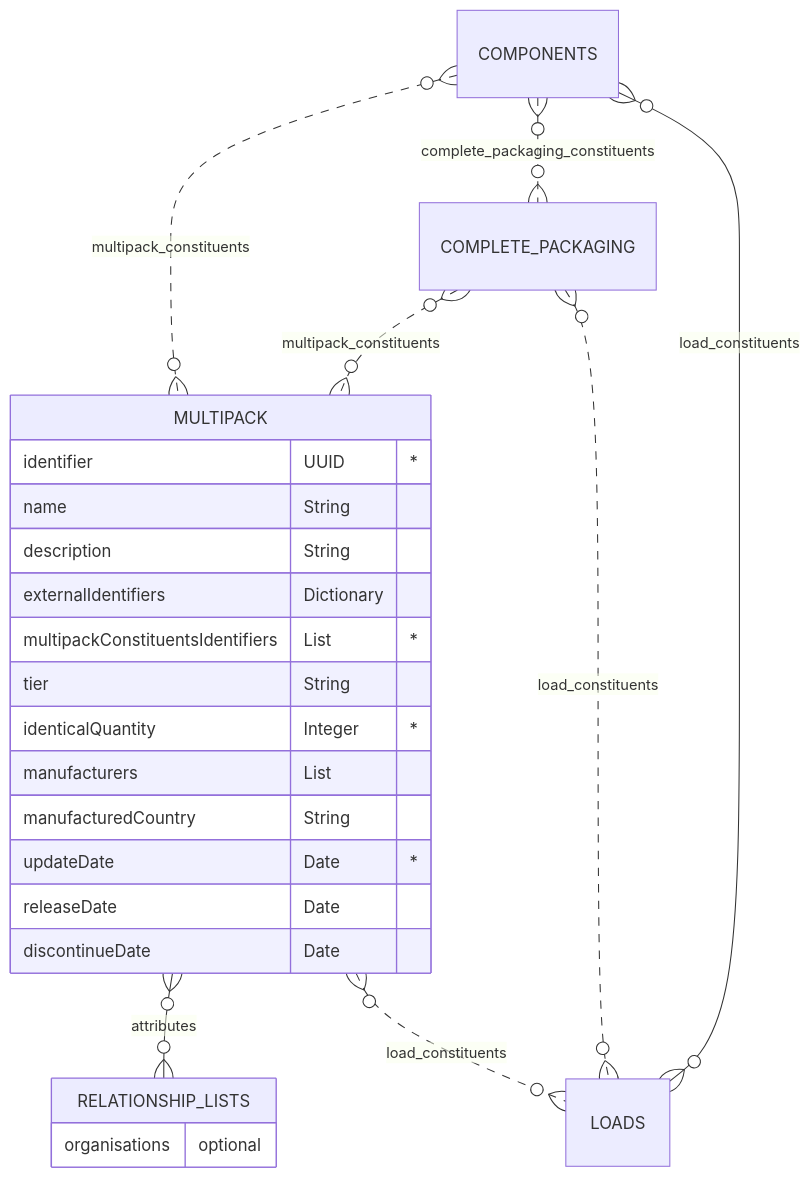
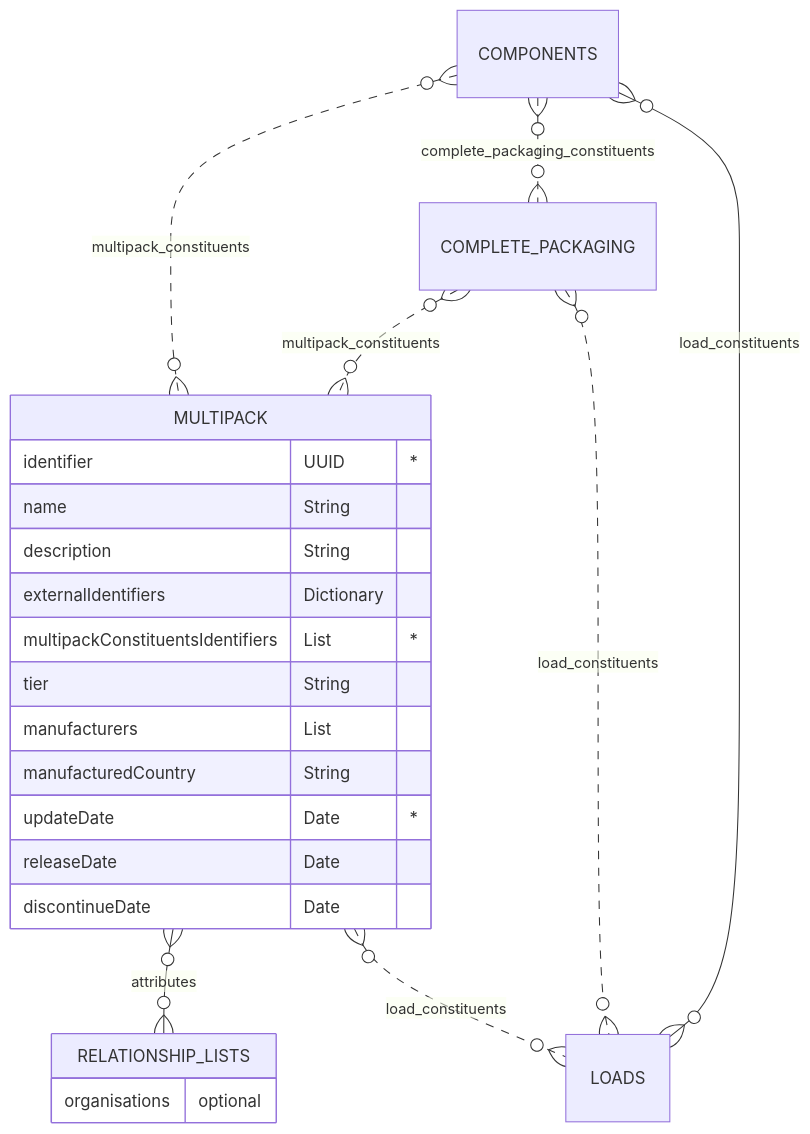
The first of 2 diagrams in docs/3_Data_Specification/3_5_Multipack.md (OpenDataManchester/Open3P), drawn with Mermaid before and after one commit. The commit also changed other lines of this file and 1 other file, not shown here.

Commit message:
moved identicalQuantity from multipack to constituents

````diff
--- a/docs/3_Data_Specification/3_5_Multipack.md
+++ b/docs/3_Data_Specification/3_5_Multipack.md
@@ -30,27 +29,26 @@
 ``` mermaid
 erDiagram
 COMPONENTS }o..o{ MULTIPACK : multipack_constituents
 COMPONENTS }o..o{ COMPLETE_PACKAGING : complete_packaging_constituents
 COMPLETE_PACKAGING }o..o{ MULTIPACK : multipack_constituents
   MULTIPACK {
     identifier UUID "*"
     name String
     description String
     externalIdentifiers Dictionary
     multipackConstituentsIdentifiers List "*"
     tier String
-    identicalQuantity Integer "*"
     manufacturers List
     manufacturedCountry String
     updateDate Date "*"
     releaseDate Date
     discontinueDate Date
   }
   MULTIPACK }o--o{ RELATIONSHIP_LISTS : attributes
   COMPLETE_PACKAGING }o..o{ LOADS : load_constituents
   MULTIPACK }o..o{ LOADS : load_constituents
   COMPONENTS }o--o{ LOADS : load_constituents
       RELATIONSHIP_LISTS {
         organisations optional
     }
 ```
````
